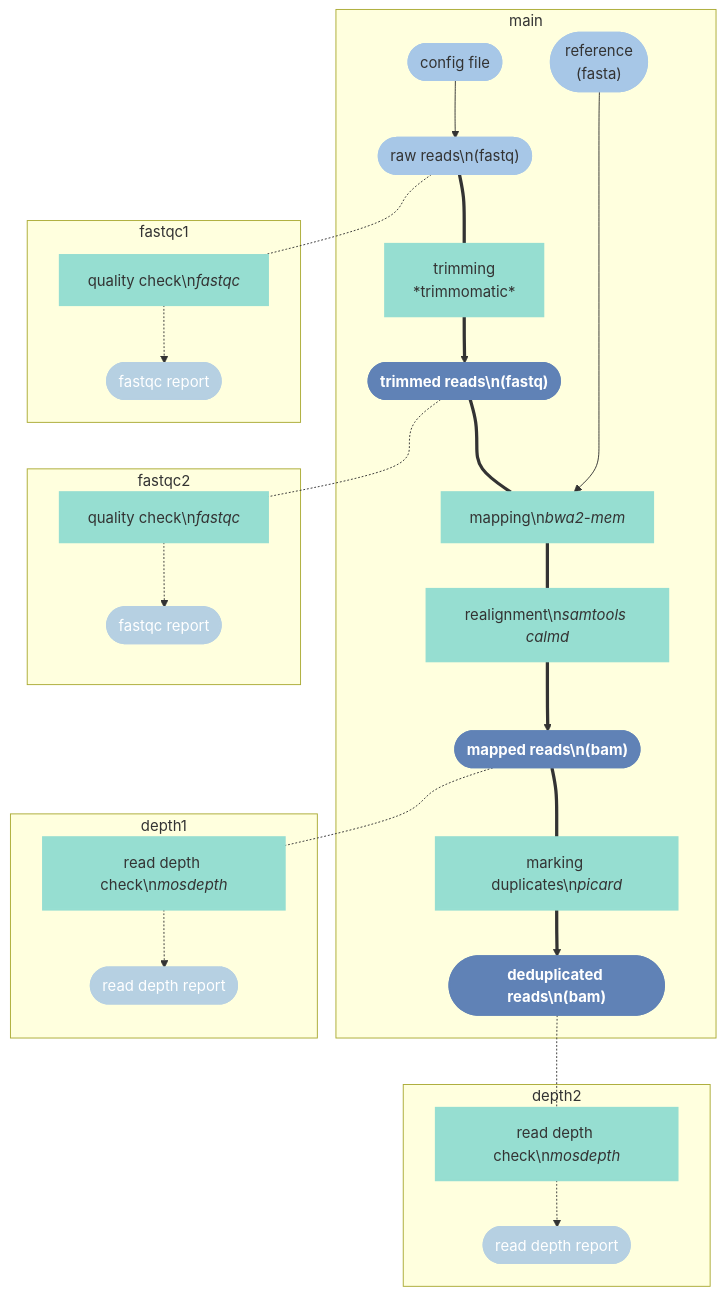
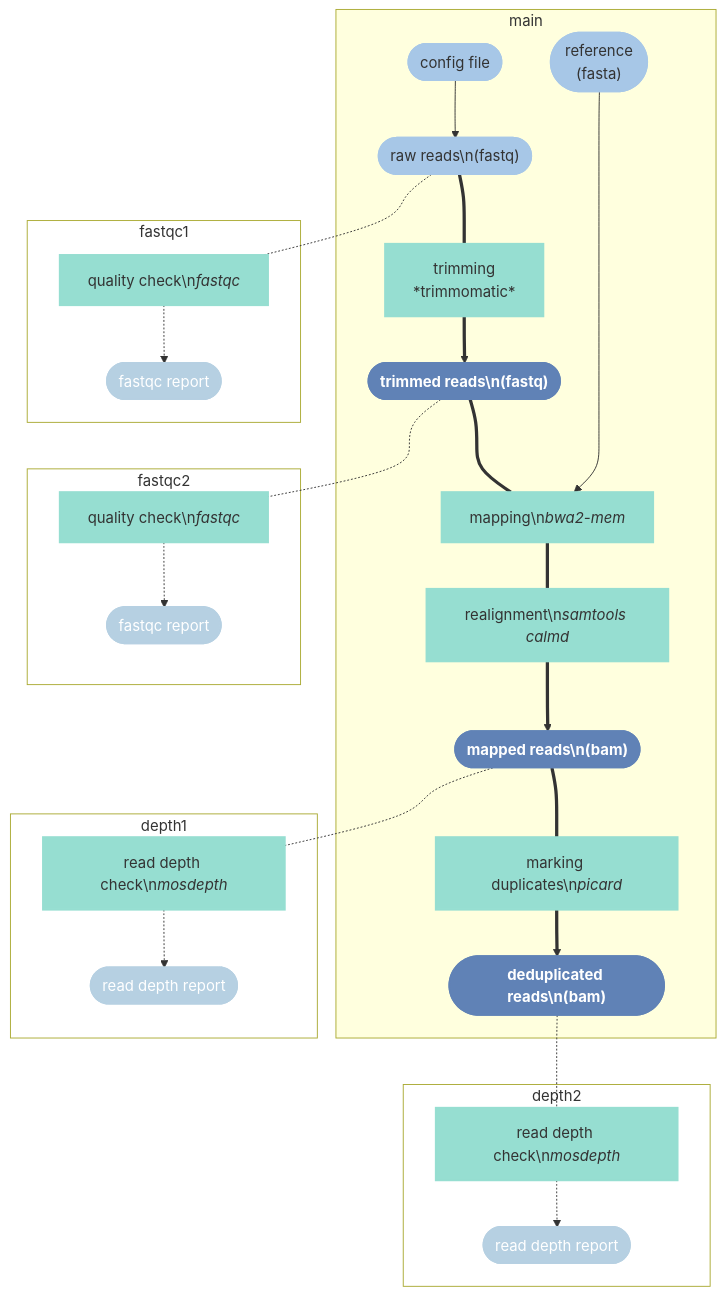
One commit to aniafijarczyk/read-map-call changed the diagram in README_mapping.md. Above: the diagram before and after it, drawn with Mermaid.

Commit message:
background

````diff
--- a/README_mapping.md
+++ b/README_mapping.md
@@ -3,55 +3,59 @@
 ```mermaid
 
 %%{init: {"theme": "dark",
   "htmlLabels": false,
   "themeVariables":{"primaryColor": "#B6D0E2",
   "primaryTextColor": "#000",
   "primaryBorderColor": "#B6D0E2",
   "lineColor": "#000",
   "secondaryColor": "#FFF",
   "clusterBkg": "#FFF",
   "clusterBorder": "#FFF",
   "titleColor" : "#FFF"}}%%
 
 graph TB;
     %%{config: { 'fontFamily': 'Menlo', 'fontSize': 18, 'fontWeight': 400} }%%
 
     classDef Output fill:#6082B6,stroke:#6082B6,stroke-width:2px,color:#fff;
     classDef Reports fill:#B6D0E2,stroke:#B6D0E2,stroke-width:2px,color:#fff;
     classDef Input fill:#A7C7E7,stroke:#A7C7E7,stroke-width:2px;
     classDef Process fill:#96DED1,stroke:#96DED1,stroke-width:2px;
     classDef Subgr fill:#FFFFFF,stroke:#FFFFFF;
 
     subgraph main   
         A([config file]):::Input --> B(["`raw reads\n(fastq)`"]);
         B:::Input === D["trimming\n*trimmomatic*"];
         D:::Process ==> E(["`**trimmed reads\n(fastq)**`"]);
         E:::Output === G["`mapping\n*bwa2-mem*`"];
         G:::Process === G2["`realignment\n*samtools calmd*`"];
         F(["reference\n(fasta)"]):::Input -----> G;
         G2:::Process ==> K(["`**mapped reads\n(bam)**`"]);
         K:::Output === L["`marking duplicates\n*picard*`"];
         L:::Process ==> M(["`**deduplicated reads\n(bam)**`"]):::Output; 
     end
     
     subgraph fastqc1
         C["`quality check\n*fastqc*`"]:::Process -.-> I([fastqc report]):::Reports;
     end
 
     subgraph fastqc2
         H["`quality check\n*fastqc*`"]:::Process -.-> J([fastqc report]):::Reports;
     end
 
     subgraph depth1
         N["`read depth check\n*mosdepth*`"]:::Process -.-> O([read depth report]):::Reports;
     end
 
     subgraph depth2
         P["`read depth check\n*mosdepth*`"]:::Process -.-> R([read depth report]):::Reports;
     end
+    
+    classDef subg fill:#FFF
+    class main,fastqc1,fastqc2,depth1,depth2 subg
+
 
     B -.- C
     E -.- H
     K -.- N
     M -.- P
 ```
````
